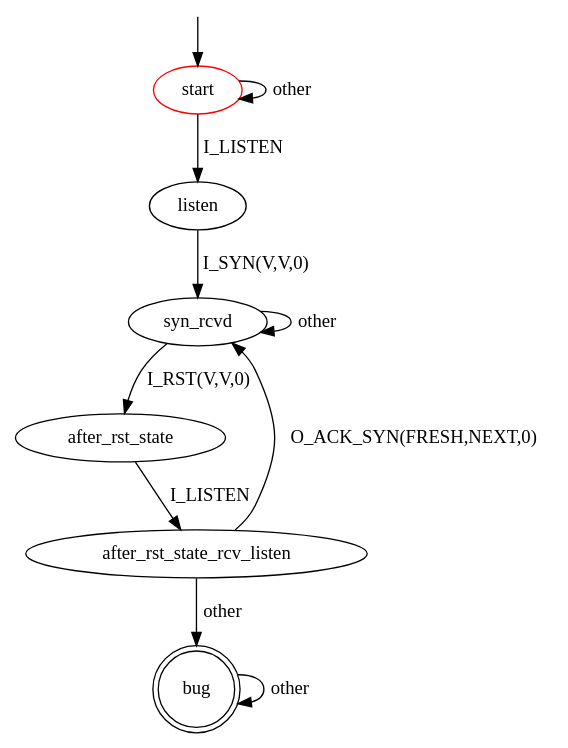
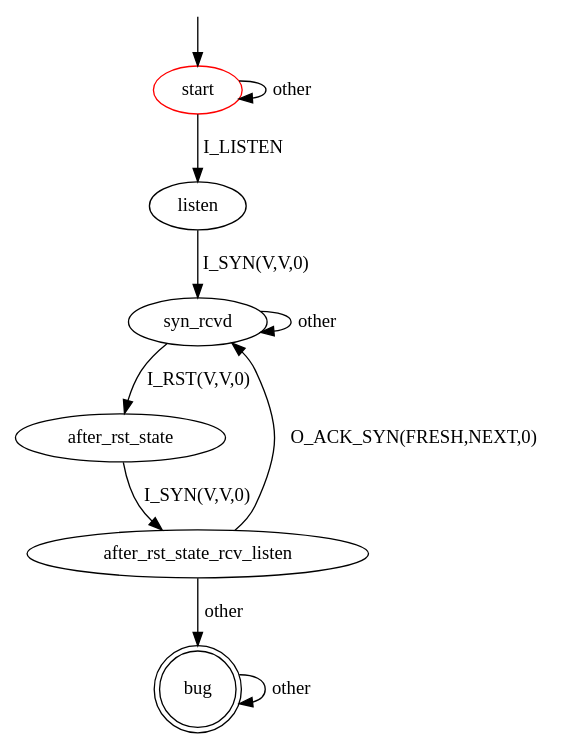
One commit to assist-project/state-machine-bug-finder changed the diagram in src/main/resources/patterns/tcp/server/fail_back_to_listen_state.dot. Above: the diagram before and after it, drawn with Graphviz. The commit also changed 13 other files, not shown here.

```diff
--- a/src/main/resources/patterns/tcp/server/fail_back_to_listen_state.dot
+++ b/src/main/resources/patterns/tcp/server/fail_back_to_listen_state.dot
@@ -1,19 +1,19 @@
 digraph G {
 label=""
 start [color="red"]
 bug [shape="doublecircle"]
 
 start -> start [label="other"]
 start ->listen [label="I_LISTEN"]
 listen -> syn_rcvd [label="I_SYN(V,V,0)"]
 syn_rcvd -> syn_rcvd [label="other"]
 syn_rcvd -> after_rst_state [label="I_RST(V,V,0)"]
-after_rst_state -> after_rst_state_rcv_listen [label="I_LISTEN"]
+after_rst_state -> after_rst_state_rcv_listen [label="I_SYN(V,V,0)"]
 after_rst_state_rcv_listen -> syn_rcvd [label="O_ACK_SYN(FRESH,NEXT,0)"] 
 after_rst_state_rcv_listen -> bug [label="other"]
 
 bug -> bug [label="other"]
 
 __start0 [label="" shape="none" width="0" height="0"];
 __start0 -> start;
 }
```
